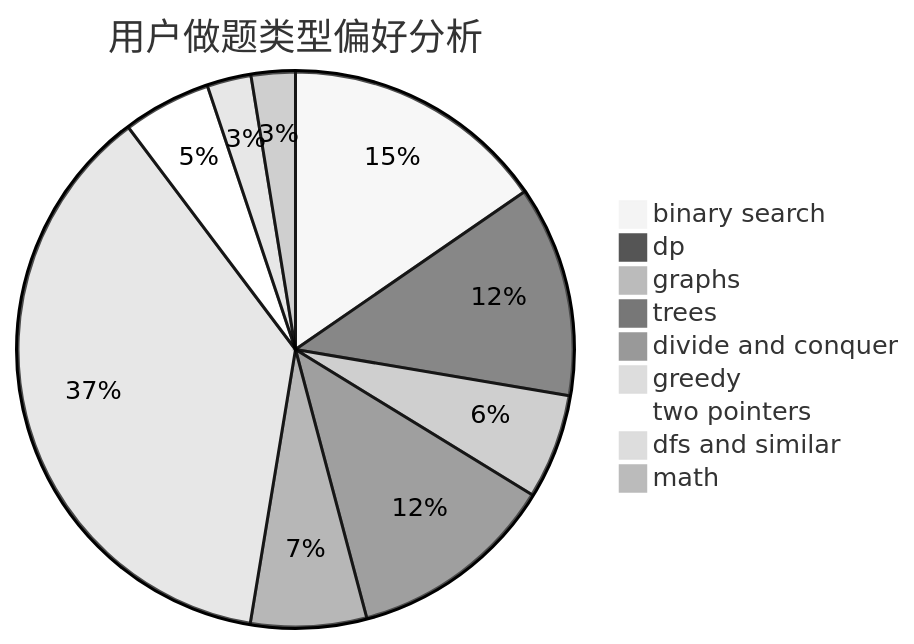
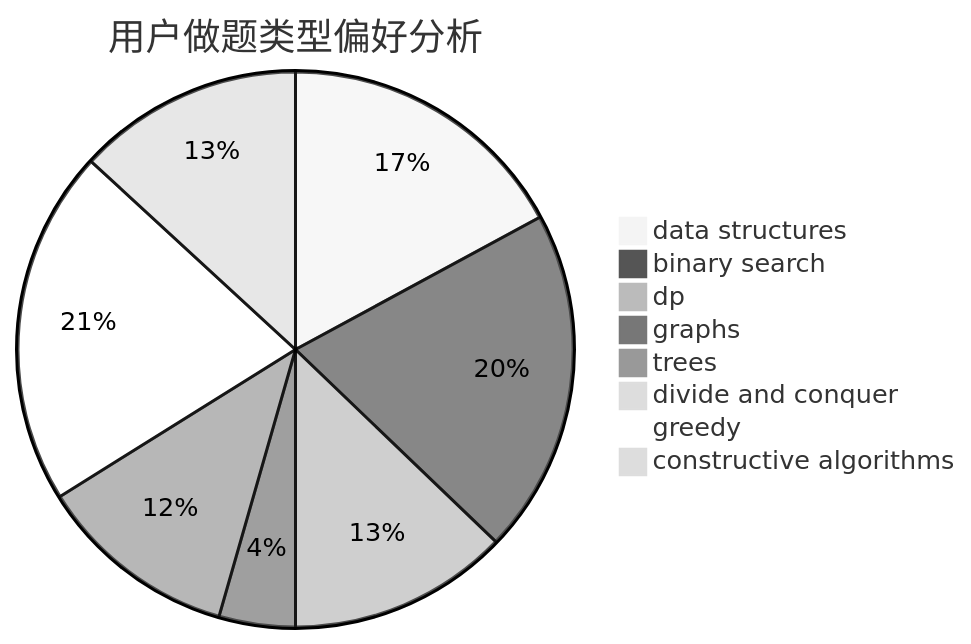
Before and after one commit to sherpahu/cfrs.github.io: the second of 3 diagrams in docs/user/u791.md, drawn with Mermaid (neutral theme). The commit also changed other lines of this file and 2775 other files, not shown here.

````diff
--- a/docs/user/u791.md
+++ b/docs/user/u791.md
@@ -23,12 +23,11 @@
 ```mermaid
 pie title 用户做题类型偏好分析
-    "binary search" :  192
-    "dp" :  153
-    "graphs" :  76
-    "trees" :  151
-    "divide and conquer" :  84
-    "greedy" :  463
-    "two pointers" :  64
-    "dfs and similar" :  32
-    "math" :  32
+    "data structures" :  104
+    "binary search" :  122
+    "dp" :  78
+    "graphs" :  27
+    "trees" :  71
+    "divide and conquer" :  0
+    "greedy" :  126
+    "constructive algorithms" :  80
 ```
````
